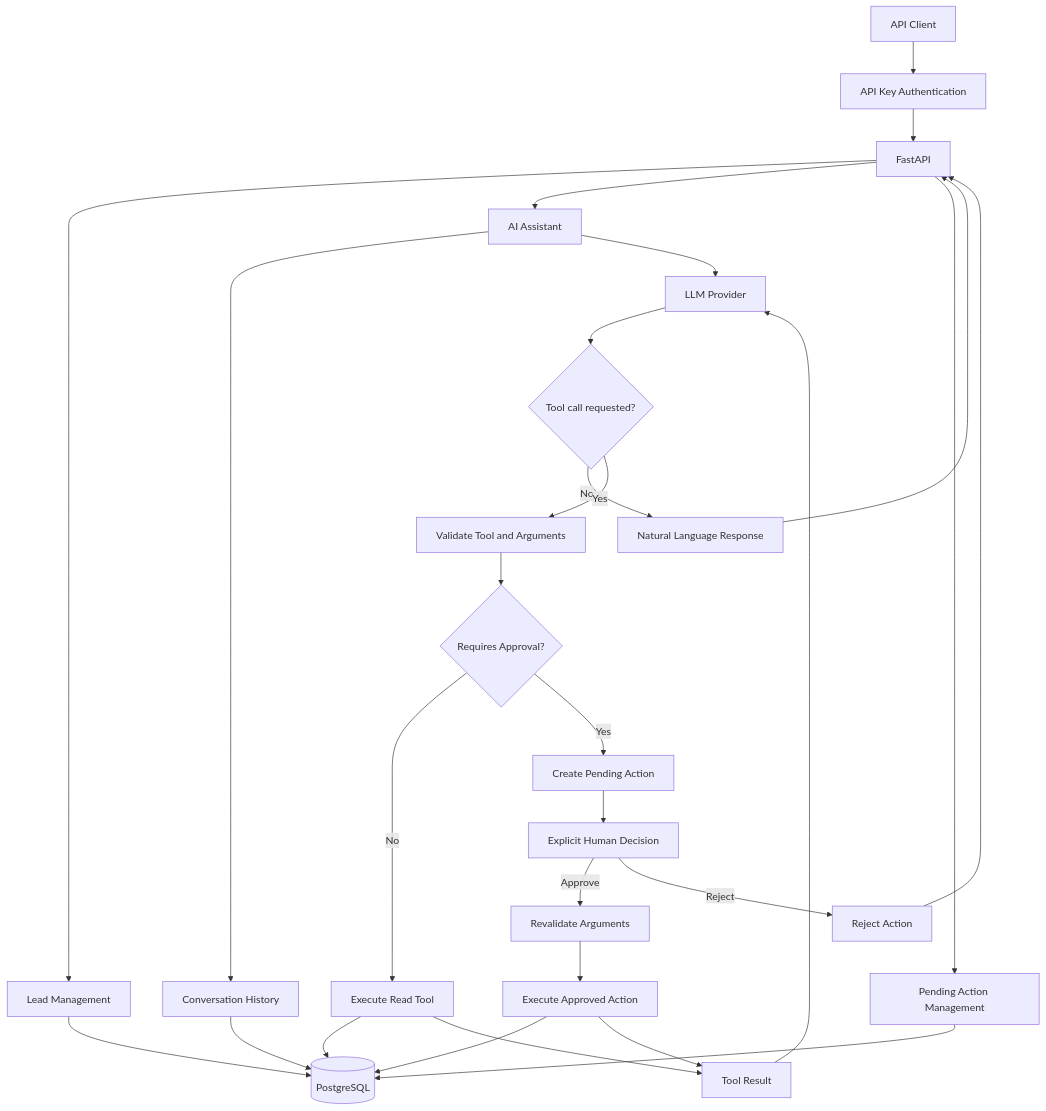
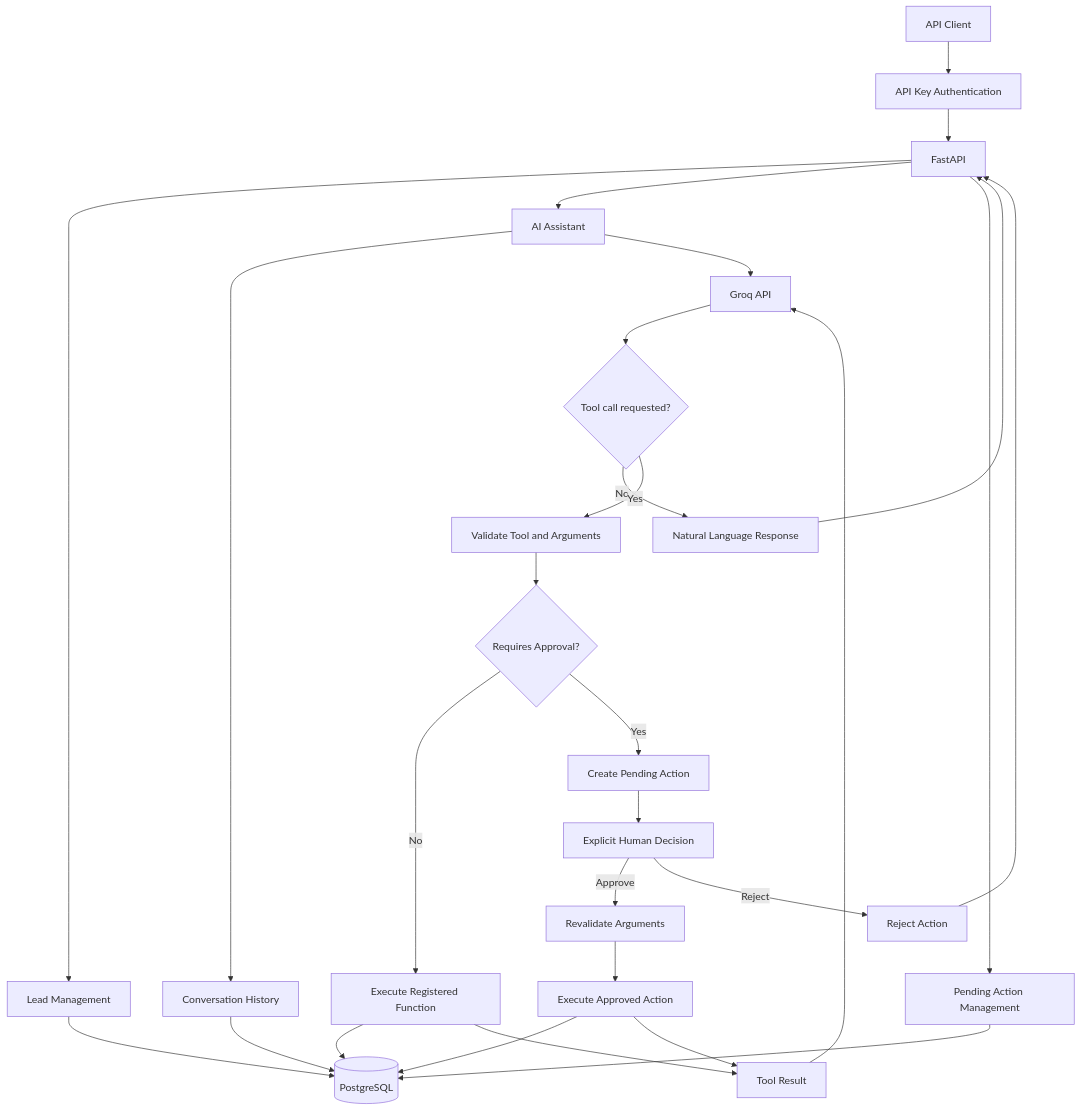
Before and after one commit to SoyColde/lead_capture_api: the first of 3 diagrams in README.md, drawn with Mermaid. The commit also changed other lines of this file and 1 other file, not shown here.

````diff
--- a/README.md
+++ b/README.md
@@ -45,37 +53,40 @@
 ```mermaid
 flowchart TD
     Client["API Client"] --> Auth["API Key Authentication"]
     Auth --> API["FastAPI"]
+
     API --> Leads["Lead Management"]
     API --> Assistant["AI Assistant"]
     API --> Actions["Pending Action Management"]
 
     Leads --> DB[("PostgreSQL")]
     Actions --> DB
+
     Assistant --> History["Conversation History"]
     History --> DB
 
-    Assistant --> LLM["LLM Provider"]
+    Assistant --> LLM["Groq API"]
     LLM --> Decision{"Tool call requested?"}
 
     Decision -->|No| Response["Natural Language Response"]
     Decision -->|Yes| Validation["Validate Tool and Arguments"]
 
     Validation --> Execution{"Requires Approval?"}
-    Execution -->|No| Tool["Execute Read Tool"]
+    Execution -->|No| Tool["Execute Registered Function"]
     Execution -->|Yes| Pending["Create Pending Action"]
 
     Tool --> DB
     Tool --> ToolResult["Tool Result"]
     ToolResult --> LLM
 
     Pending --> Approval["Explicit Human Decision"]
     Approval -->|Approve| Revalidate["Revalidate Arguments"]
     Approval -->|Reject| Rejected["Reject Action"]
+
     Revalidate --> Execute["Execute Approved Action"]
     Execute --> DB
     Execute --> ToolResult
 
     Response --> API
     Rejected --> API
 ```
````
